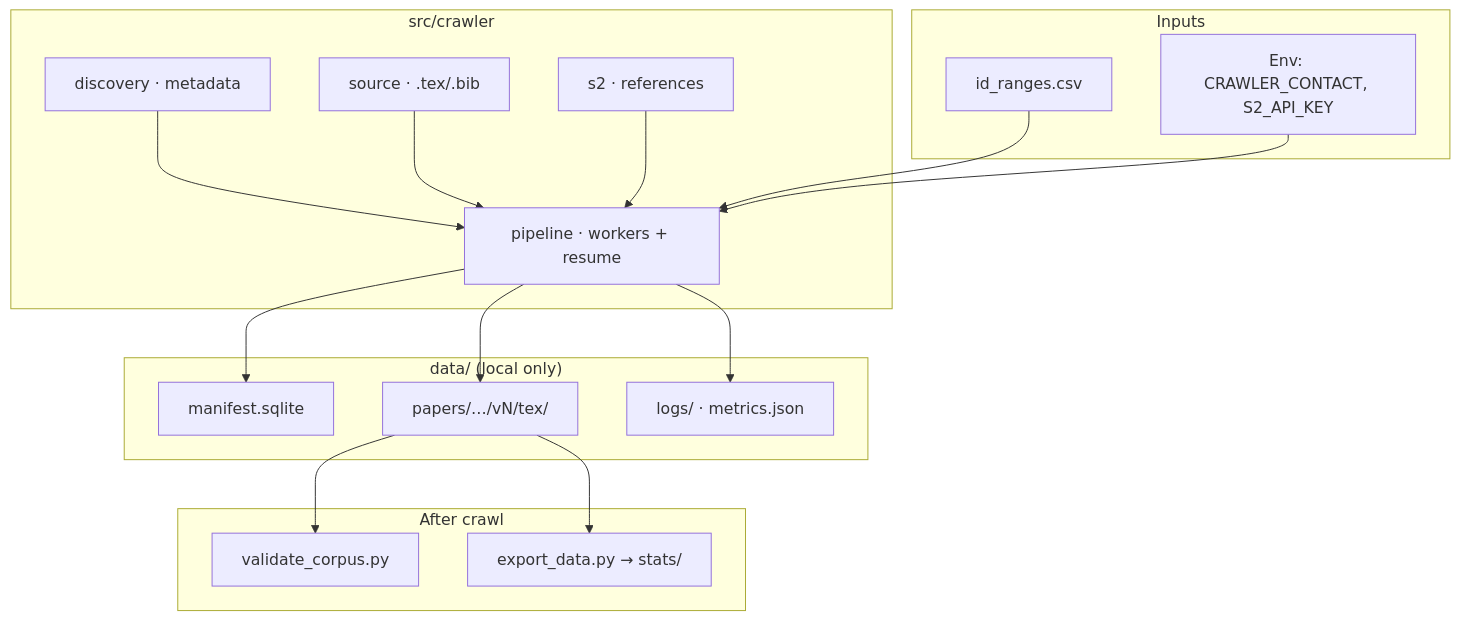
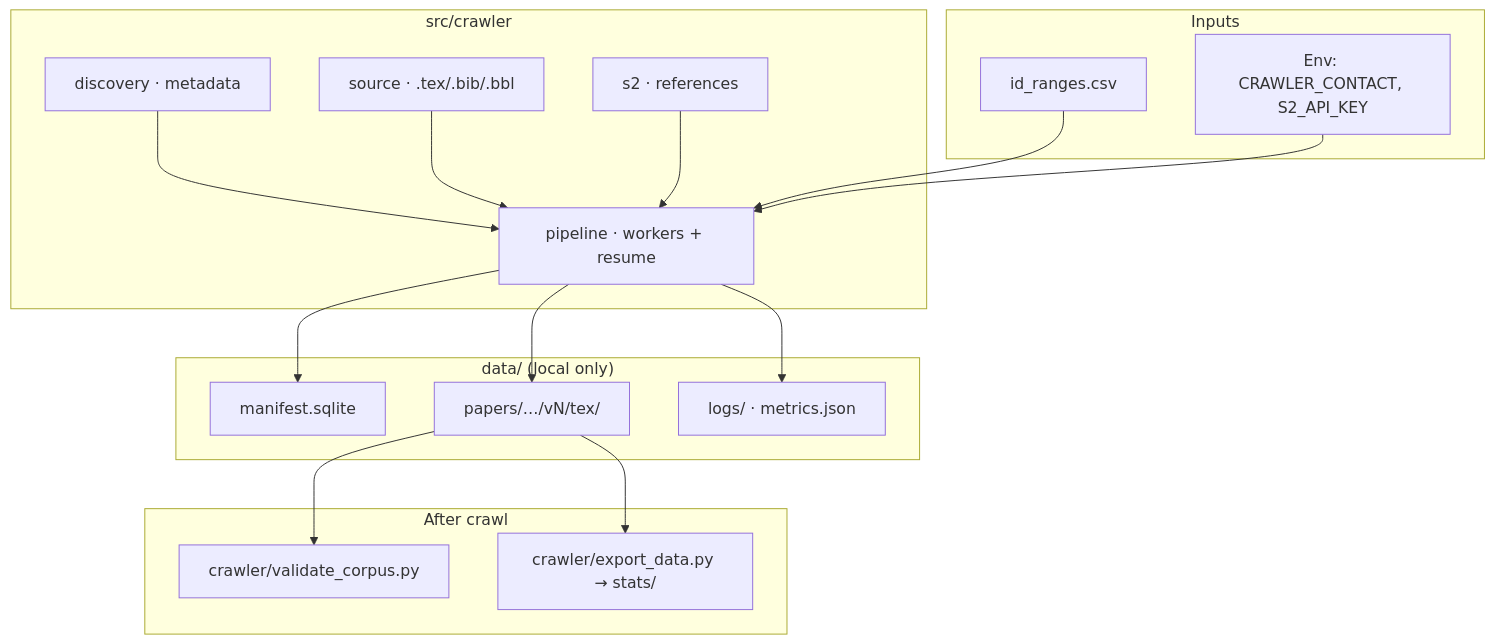
The diagram in README.md (GiaaPhuc/arxiv-pipeline), drawn with Mermaid before and after one commit. The commit also changed other lines of this file and 60 other files, not shown here.

````diff
--- a/README.md
+++ b/README.md
@@ -45,36 +52,36 @@
 ```mermaid
 flowchart TB
   subgraph inputs["Inputs"]
     R["id_ranges.csv"]
     E["Env: CRAWLER_CONTACT, S2_API_KEY"]
   end
 
   subgraph crawl["src/crawler"]
     D["discovery · metadata"]
-    S["source · .tex/.bib"]
+    S["source · .tex/.bib/.bbl"]
     S2["s2 · references"]
     P["pipeline · workers + resume"]
     D --> P
     S --> P
     S2 --> P
   end
 
   subgraph disk["data/ (local only)"]
     M["manifest.sqlite"]
     F["papers/…/vN/tex/"]
     L["logs/ · metrics.json"]
   end
 
   subgraph post["After crawl"]
-    V["validate_corpus.py"]
-    X["export_data.py → stats/"]
+    V["crawler/validate_corpus.py"]
+    X["crawler/export_data.py → stats/"]
   end
 
   R --> P
   E --> P
   P --> M
   P --> F
   P --> L
   F --> V
   F --> X
 ```
````
